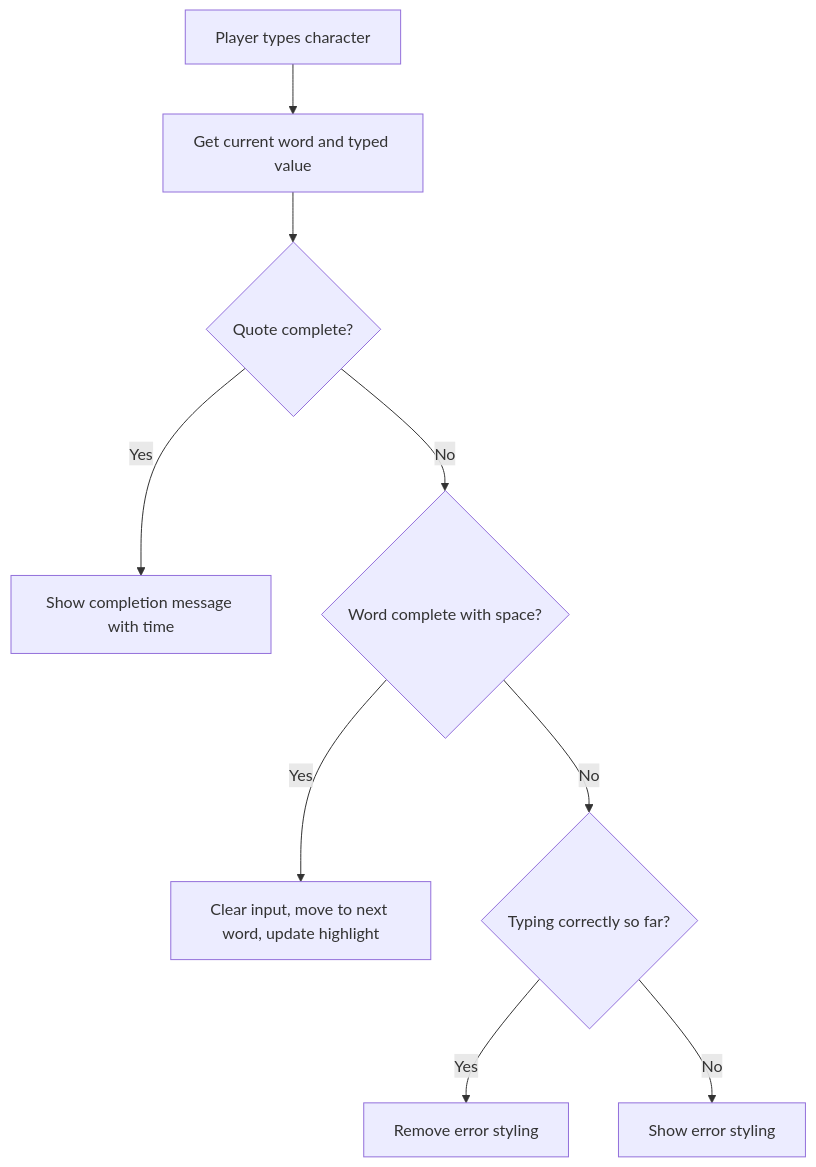
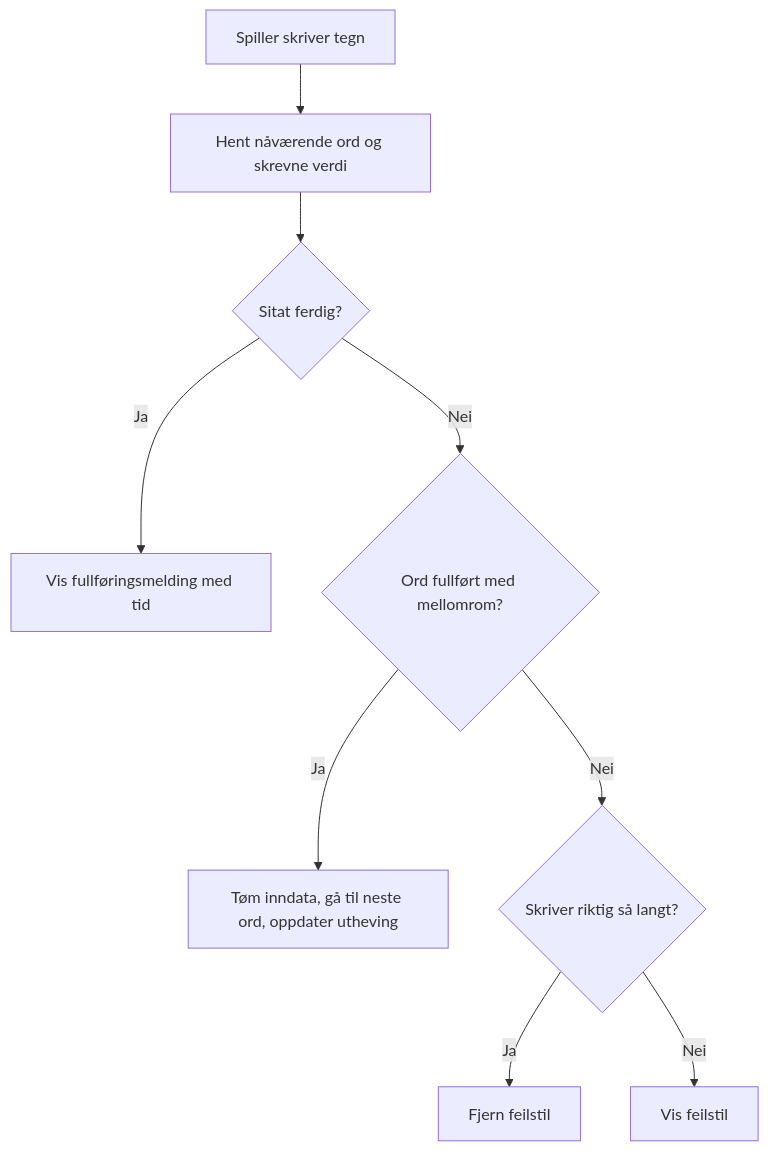
One commit to microsoft/Web-Dev-For-Beginners changed the second of 3 diagrams in translations/no/4-typing-game/typing-game/README.md. Above: the diagram before and after it, drawn with Mermaid. The commit also changed other lines of this file and 99 other files, not shown here.

````diff
--- a/translations/no/4-typing-game/typing-game/README.md
+++ b/translations/no/4-typing-game/typing-game/README.md
@@ -443,11 +443,11 @@
 ```mermaid
 flowchart TD
-    A[Player types character] --> B[Get current word and typed value]
-    B --> C{Quote complete?}
-    C -->|Yes| D[Show completion message with time]
-    C -->|No| E{Word complete with space?}
-    E -->|Yes| F[Clear input, move to next word, update highlight]
-    E -->|No| G{Typing correctly so far?}
-    G -->|Yes| H[Remove error styling]
-    G -->|No| I[Show error styling]
+    A[Spiller skriver tegn] --> B[Hent nåværende ord og skrevne verdi]
+    B --> C{Sitat ferdig?}
+    C -->|Ja| D[Vis fullføringsmelding med tid]
+    C -->|Nei| E{Ord fullført med mellomrom?}
+    E -->|Ja| F[Tøm inndata, gå til neste ord, oppdater utheving]
+    E -->|Nei| G{Skriver riktig så langt?}
+    G -->|Ja| H[Fjern feilstil]
+    G -->|Nei| I[Vis feilstil]
 ```
````
